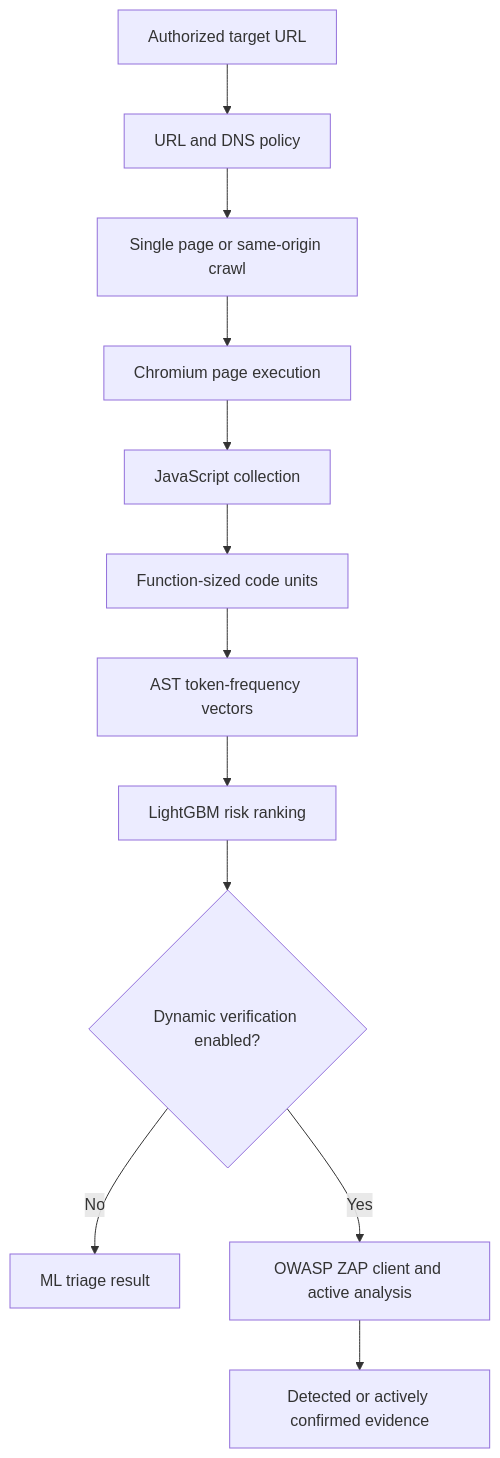
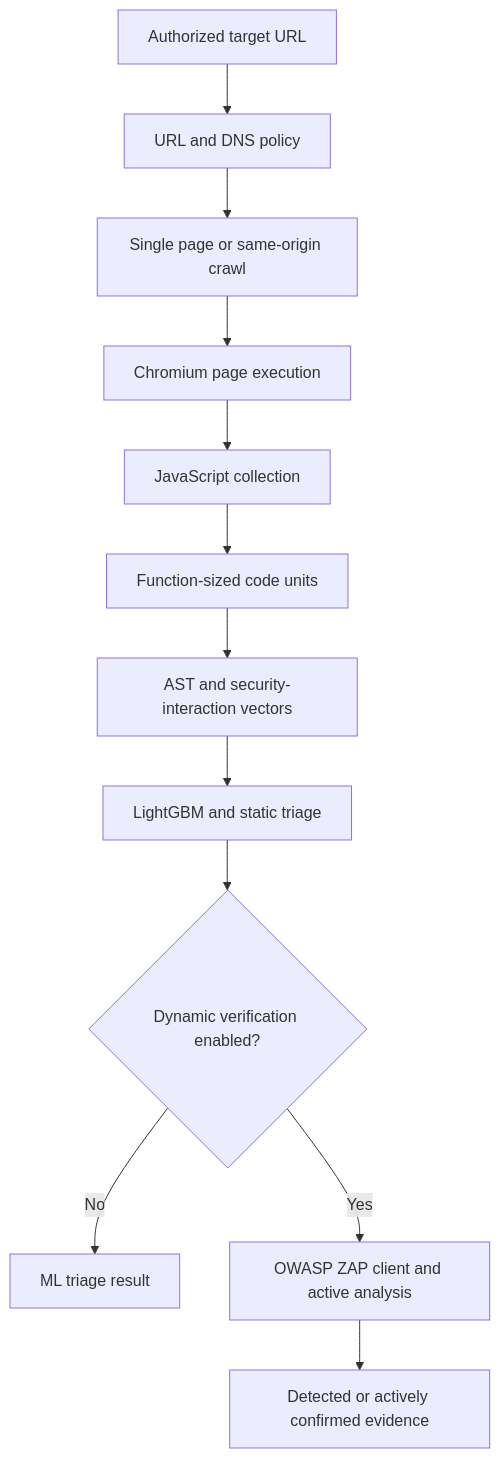
Before and after one commit to Layansabha/DOM-XSS: the diagram in docs/PIPELINE.md, drawn with Mermaid. The commit also changed other lines of this file and 30 other files, not shown here.

Commit message:
Deploy LightGBM security v2

````diff
--- a/docs/PIPELINE.md
+++ b/docs/PIPELINE.md
@@ -5,14 +5,14 @@
 ```mermaid
 flowchart TD
     A[Authorized target URL] --> B[URL and DNS policy]
     B --> C[Single page or same-origin crawl]
     C --> D[Chromium page execution]
     D --> E[JavaScript collection]
     E --> F[Function-sized code units]
-    F --> G[AST token-frequency vectors]
-    G --> H[LightGBM risk ranking]
+    F --> G[AST and security-interaction vectors]
+    G --> H[LightGBM and static triage]
     H --> I{Dynamic verification enabled?}
     I -- No --> J[ML triage result]
     I -- Yes --> K[OWASP ZAP client and active analysis]
     K --> L[Detected or actively confirmed evidence]
 ```
````
